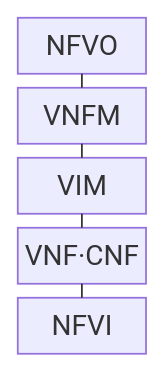
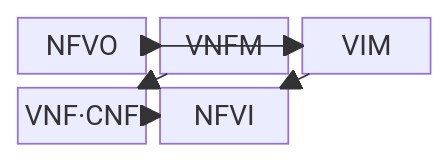
The first of 2 diagrams in src/content/docs/notes/04-network/057_network_functions_virtualization.md (agnusdei1207/knowledge-base), drawn with Mermaid before and after one commit. The commit also changed other lines of this file and 20 other files, not shown here.

````diff
--- a/src/content/docs/notes/04-network/057_network_functions_virtualization.md
+++ b/src/content/docs/notes/04-network/057_network_functions_virtualization.md
@@ -55,13 +56,14 @@
 ```mermaid
 block-beta
-    columns 1
+    columns 3
     A["NFVO"]
     B["VNFM"]
     C["VIM"]
     D["VNF·CNF"]
     E["NFVI"]
-    A --- B
-    B --- C
-    C --- D
-    D --- E
+    A --> B
+    A --> C
+    B --> D
+    C --> E
+    D --> E
 ```
````
